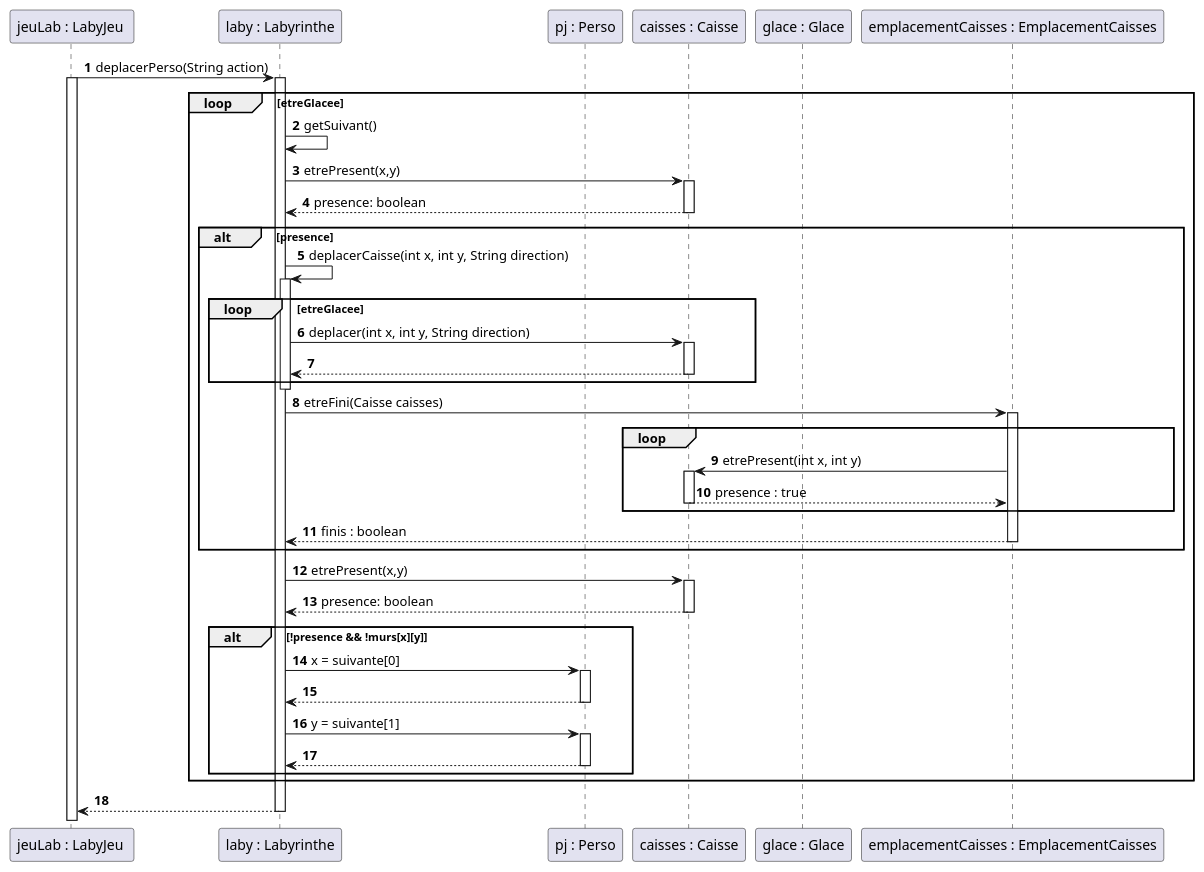
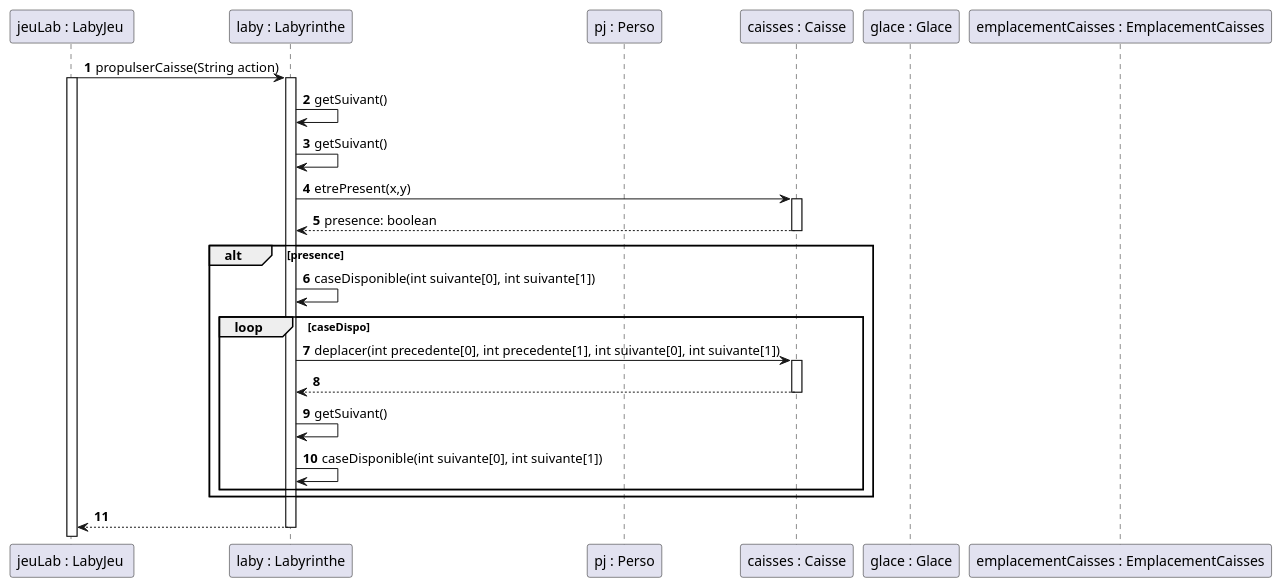
The diagram in documents/version_4/Diagramme sequence Propulser Caisse.puml (Flotss/Zeldiablo), drawn with PlantUML before and after one commit. The commit also changed 2 other files, not shown here.

Commit message:
ajout diagramme v4

```diff
--- a/documents/version_4/Diagramme sequence Propulser Caisse.puml
+++ b/documents/version_4/Diagramme sequence Propulser Caisse.puml
@@ -1,68 +1,43 @@
 @startuml
 'https://plantuml.com/sequence-diagram
 participant "jeuLab : LabyJeu " as lj
 participant "laby : Labyrinthe" as l
 participant "pj : Perso" as p
 participant "caisses : Caisse" as c
 participant "glace : Glace" as g
 participant "emplacementCaisses : EmplacementCaisses" as ep
 
 
 autonumber
 
-lj -> l : deplacerPerso(String action)
+lj -> l : propulserCaisse(String action)
 activate lj
 activate l
-loop etreGlacee
-    l -> l : getSuivant()
-    l -> c : etrePresent(x,y)
-    activate c
-    l <-- c : presence: boolean
-    deactivate c
+l -> l : getSuivant()
+l -> l : getSuivant()
+l -> c : etrePresent(x,y)
+activate c
+l <-- c : presence: boolean
+deactivate c
 
-    alt presence
-        l -> l : deplacerCaisse(int x, int y, String direction)
-        activate l
-        loop etreGlacee
-            l -> c : deplacer(int x, int y, String direction)
-            activate c
-            l <-- c
-            deactivate c
-        end
-        deactivate l
-         l -> ep : etreFini(Caisse caisses)
-         activate ep
-         loop
-         ep -> c : etrePresent(int x, int y)
-         activate c
-         ep <-- c : presence : true
-         deactivate c
-         end
-         l <-- ep : finis : boolean
-         deactivate ep
+alt presence
+
+    l -> l : caseDisponible(int suivante[0], int suivante[1])
+    loop caseDispo
+        l -> c : deplacer(int precedente[0], int precedente[1], int suivante[0], int suivante[1])
+        activate c
+        l <-- c
+        deactivate c
+        l -> l : getSuivant()
+        l -> l : caseDisponible(int suivante[0], int suivante[1])
     end
-    l -> c : etrePresent(x,y)
-    activate c
-    l <-- c : presence: boolean
-    deactivate c
 
-    alt !presence && !murs[x][y]
-
-        l -> p : x = suivante[0]
-        activate p
-        l <-- p
-        deactivate p
-        l -> p : y = suivante[1]
-        activate p
-        l <-- p
-        deactivate p
-    end
 end
 
 lj <-- l
 deactivate l
 
 
 
 
 @enduml
```
